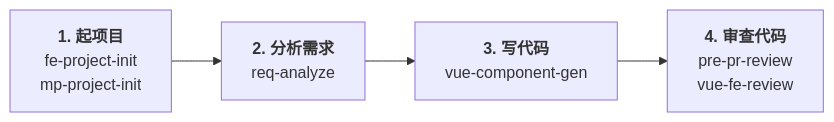
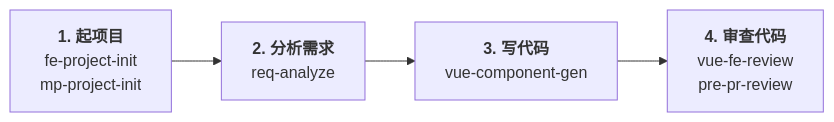
One commit to SirGuanZz/claude-skills changed the diagram in README.md. Above: the diagram before and after it, drawn with Mermaid. The commit also changed other lines of this file, not shown here.

````diff
--- a/README.md
+++ b/README.md
@@ -9,7 +100,7 @@
 ```mermaid
 flowchart LR
   A["<b>1. 起项目</b><br/>fe-project-init<br/>mp-project-init"] -->
   B["<b>2. 分析需求</b><br/>req-analyze"] -->
   C["<b>3. 写代码</b><br/>vue-component-gen"] -->
-  D["<b>4. 审查代码</b><br/>pre-pr-review<br/>vue-fe-review"]
+  D["<b>4. 审查代码</b><br/>vue-fe-review<br/>pre-pr-review"]
 ```
````
